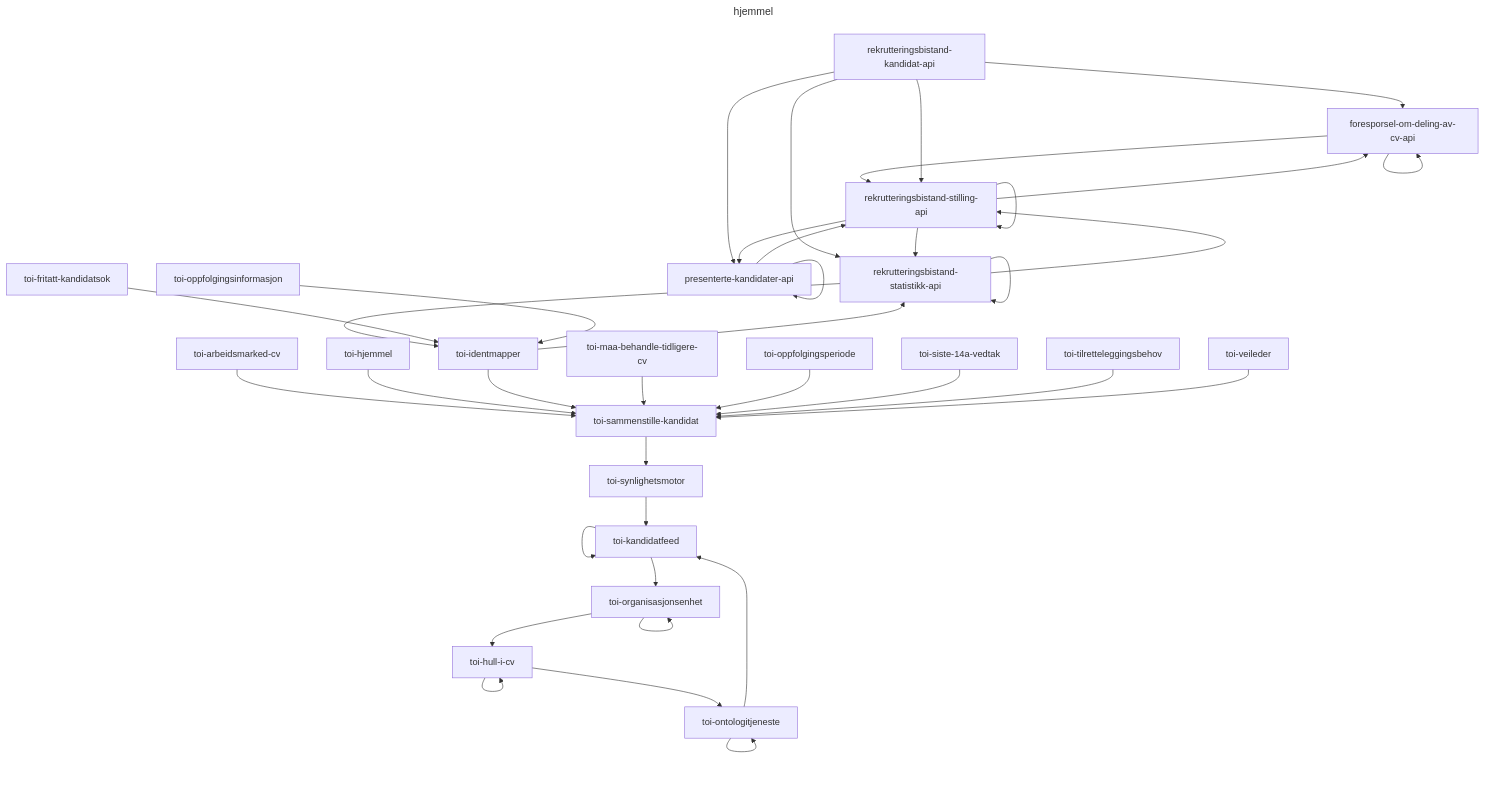
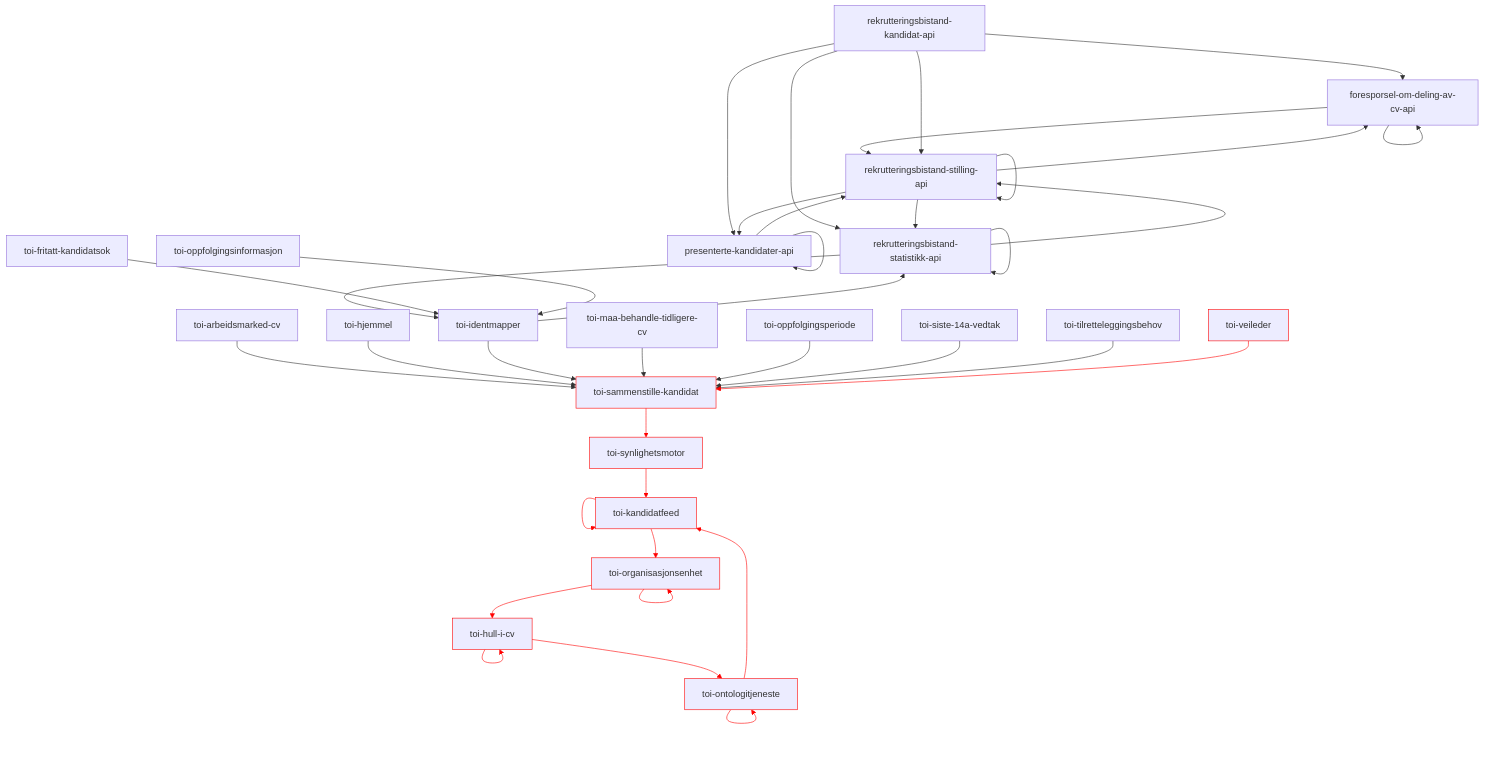
One commit to navikt/toi-rapids-and-rivers-grapher changed diagram 11 of 34 in README.md. Above: the diagram before and after it, drawn with Mermaid. The commit also changed other lines of this file, not shown here.

Commit message:
Oppdater Mermaid utskrift

````diff
--- a/README.md
+++ b/README.md
@@ -313,44 +429,42 @@
 ```mermaid
----
-title: hjemmel
----
 graph TD;
 foresporsel-om-deling-av-cv-api --> foresporsel-om-deling-av-cv-api;
 foresporsel-om-deling-av-cv-api --> rekrutteringsbistand-stilling-api;
 presenterte-kandidater-api --> presenterte-kandidater-api;
 presenterte-kandidater-api --> rekrutteringsbistand-stilling-api;
 rekrutteringsbistand-kandidat-api --> foresporsel-om-deling-av-cv-api;
 rekrutteringsbistand-kandidat-api --> presenterte-kandidater-api;
 rekrutteringsbistand-kandidat-api --> rekrutteringsbistand-statistikk-api;
 rekrutteringsbistand-kandidat-api --> rekrutteringsbistand-stilling-api;
 rekrutteringsbistand-statistikk-api --> rekrutteringsbistand-statistikk-api;
 rekrutteringsbistand-statistikk-api --> rekrutteringsbistand-stilling-api;
 rekrutteringsbistand-statistikk-api --> toi-identmapper;
 rekrutteringsbistand-stilling-api --> foresporsel-om-deling-av-cv-api;
 rekrutteringsbistand-stilling-api --> presenterte-kandidater-api;
 rekrutteringsbistand-stilling-api --> rekrutteringsbistand-statistikk-api;
 rekrutteringsbistand-stilling-api --> rekrutteringsbistand-stilling-api;
 toi-arbeidsmarked-cv --> toi-sammenstille-kandidat;
 toi-fritatt-kandidatsok --> toi-identmapper;
 toi-hjemmel --> toi-sammenstille-kandidat;
-toi-hull-i-cv --> toi-hull-i-cv;
-toi-hull-i-cv --> toi-ontologitjeneste;
+toi-hull-i-cv:::x --> toi-hull-i-cv:::x;
+toi-hull-i-cv:::x --> toi-ontologitjeneste:::x;
 toi-identmapper --> rekrutteringsbistand-statistikk-api;
 toi-identmapper --> toi-sammenstille-kandidat;
-toi-kandidatfeed --> toi-kandidatfeed;
-toi-kandidatfeed --> toi-organisasjonsenhet;
+toi-kandidatfeed:::x --> toi-kandidatfeed:::x;
+toi-kandidatfeed:::x --> toi-organisasjonsenhet:::x;
 toi-maa-behandle-tidligere-cv --> toi-sammenstille-kandidat;
-toi-ontologitjeneste --> toi-kandidatfeed;
-toi-ontologitjeneste --> toi-ontologitjeneste;
+toi-ontologitjeneste:::x --> toi-kandidatfeed:::x;
+toi-ontologitjeneste:::x --> toi-ontologitjeneste:::x;
 toi-oppfolgingsinformasjon --> toi-identmapper;
 toi-oppfolgingsperiode --> toi-sammenstille-kandidat;
-toi-organisasjonsenhet --> toi-hull-i-cv;
-toi-organisasjonsenhet --> toi-organisasjonsenhet;
-toi-sammenstille-kandidat --> toi-synlighetsmotor;
+toi-organisasjonsenhet:::x --> toi-hull-i-cv:::x;
+toi-organisasjonsenhet:::x --> toi-organisasjonsenhet:::x;
+toi-sammenstille-kandidat:::x --> toi-synlighetsmotor:::x;
 toi-siste-14a-vedtak --> toi-sammenstille-kandidat;
-toi-synlighetsmotor --> toi-kandidatfeed;
+toi-synlighetsmotor:::x --> toi-kandidatfeed:::x;
 toi-tilretteleggingsbehov --> toi-sammenstille-kandidat;
-toi-veileder --> toi-sammenstille-kandidat;
+toi-veileder:::x --> toi-sammenstille-kandidat:::x;
 
-
+linkStyle 18,19,22,23,25,26,29,30,31,33,35 stroke:red;
+classDef x stroke: red;
 ```
````
